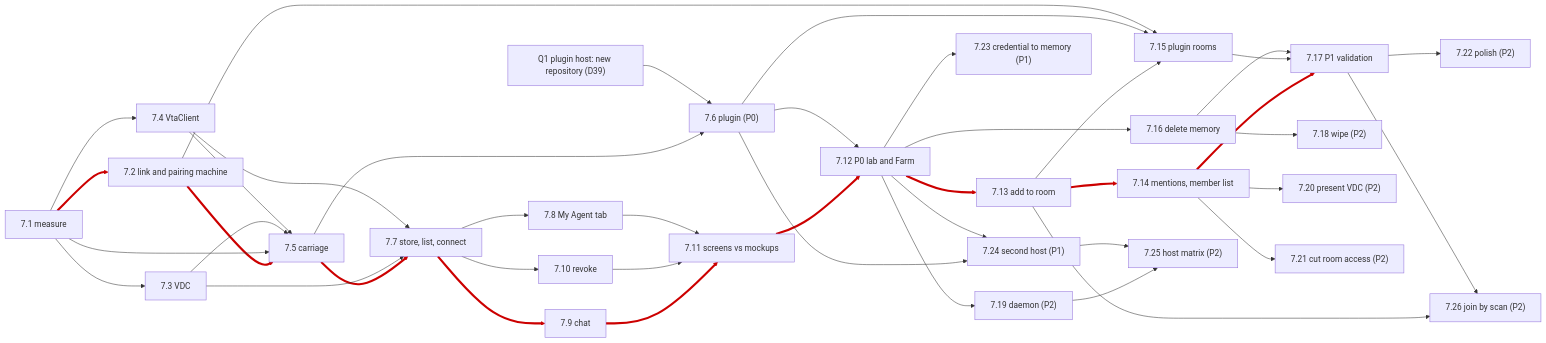
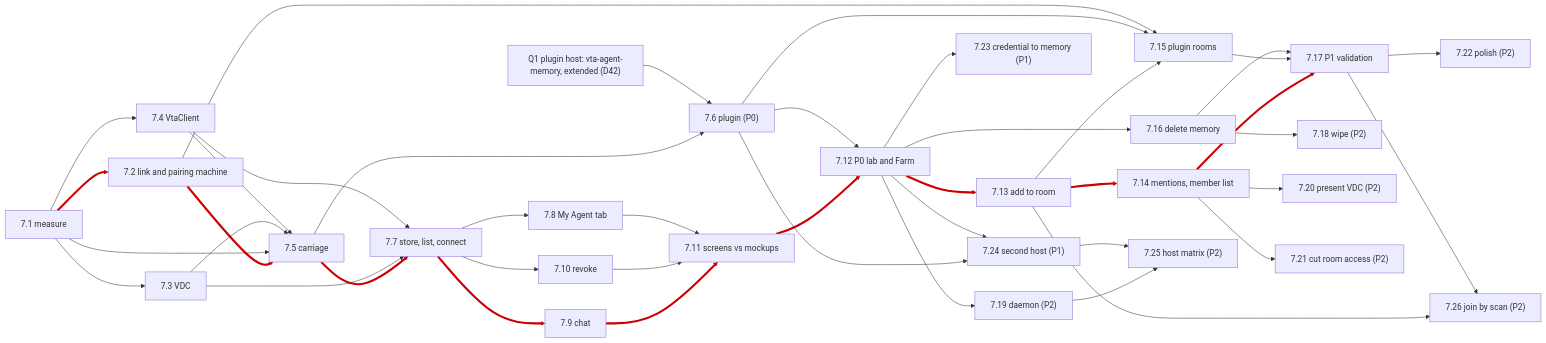
The fourth of 4 diagrams in docs/plans/agent-connect-plan.md (berkmancenter/keyring-wallet), drawn with Mermaid before and after one commit. The commit also changed other lines of this file and 2 other files, not shown here.

First line of the commit message:
docs(plans): agent connect, the plugin extends OpenVTC's vta-agent-memory (D42)

````diff
--- a/docs/plans/agent-connect-plan.md
+++ b/docs/plans/agent-connect-plan.md
@@ -1028,72 +1030,72 @@
 ```mermaid
 flowchart LR
-  Q1["Q1 plugin host: new repository (D39)"]
+  Q1["Q1 plugin host: vta-agent-memory, extended (D42)"]
   p1["7.1 measure"]
   p2["7.2 link and pairing machine"]
   p3["7.3 VDC"]
   p4["7.4 VtaClient"]
   p5["7.5 carriage"]
   p6["7.6 plugin (P0)"]
   p7["7.7 store, list, connect"]
   p8["7.8 My Agent tab"]
   p9["7.9 chat"]
   p10["7.10 revoke"]
   p11["7.11 screens vs mockups"]
   p12["7.12 P0 lab and Farm"]
   p13["7.13 add to room"]
   p14["7.14 mentions, member list"]
   p15["7.15 plugin rooms"]
   p16["7.16 delete memory"]
   p17["7.17 P1 validation"]
   p18["7.18 wipe (P2)"]
   p19["7.19 daemon (P2)"]
   p20["7.20 present VDC (P2)"]
   p21["7.21 cut room access (P2)"]
   p22["7.22 polish (P2)"]
   p23["7.23 credential to memory (P1)"]
   p24["7.24 second host (P1)"]
   p25["7.25 host matrix (P2)"]
   p26["7.26 join by scan (P2)"]
   p1 --> p2
   p2 --> p5
   p5 --> p7
   p7 --> p9
   p9 --> p11
   p11 --> p12
   p3 --> p7
   p4 --> p7
   p7 --> p10
   p10 --> p11
   p8 --> p11
   p5 --> p6
   p6 --> p12
   Q1 --> p6
   p12 --> p13
   p13 --> p14
   p13 --> p15
   p6 --> p15
   p12 --> p16
   p14 --> p17
   p15 --> p17
   p16 --> p17
   p16 --> p18
   p14 --> p20
   p14 --> p21
   p17 --> p22
   p12 --> p19
   p1 --> p5
   p1 --> p3
   p1 --> p4
   p7 --> p8
   p3 --> p5
   p4 --> p5
   p2 --> p15
   p12 --> p23
   p6 --> p24
   p12 --> p24
   p19 --> p25
   p24 --> p25
   p13 --> p26
   p17 --> p26
   linkStyle 0,1,2,3,4,5,14,15,19 stroke:#c00,stroke-width:4px
 ```
````
